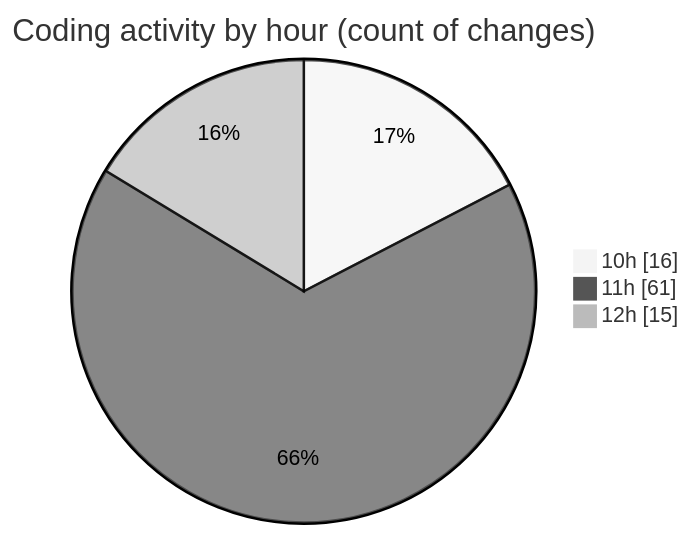
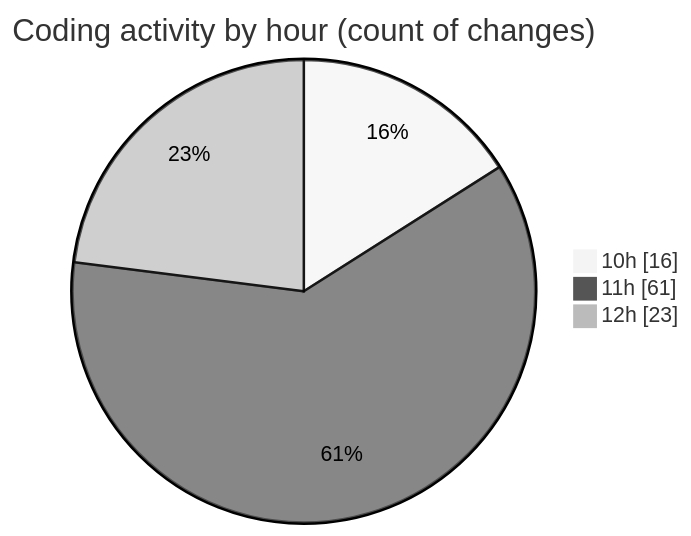
The second of 2 diagrams in 2026-07-23/cda/README.md (momahboobian/code-tracking), drawn with Mermaid (neutral theme) before and after one commit. The commit also changed other lines of this file and 1 other file, not shown here.

````diff
--- a/2026-07-23/cda/README.md
+++ b/2026-07-23/cda/README.md
@@ -46,7 +46,7 @@
 ```mermaid
 pie showData
 title Coding activity by hour (count of changes)
 "10h" : 16
 "11h" : 61
-"12h" : 15
+"12h" : 23
 ```
````
